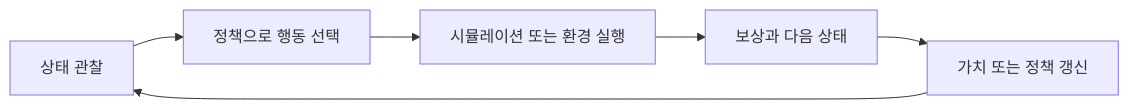
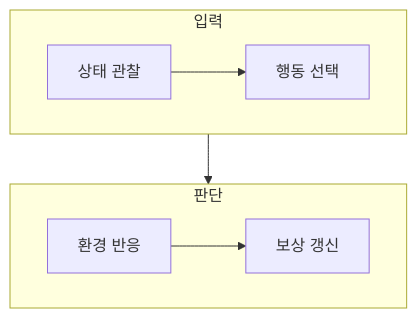
One commit to umyunsang/edu changed the diagram in ComputerScience/03_ai-ml-data/generative-ai-fine-tuning/notes/72. 강화학습과 생성 설계의 기초.md. Above: the diagram before and after it, drawn with Mermaid. The commit also changed other lines of this file and 9 other files, not shown here.

````diff
--- a/ComputerScience/03_ai-ml-data/generative-ai-fine-tuning/notes/72. 강화학습과 생성 설계의 기초.md
+++ b/ComputerScience/03_ai-ml-data/generative-ai-fine-tuning/notes/72. 강화학습과 생성 설계의 기초.md
@@ -55,8 +24,12 @@
 ```mermaid
-flowchart LR
-    A["상태 관찰"] --> B["정책으로 행동 선택"]
-    B --> C["시뮬레이션 또는 환경 실행"]
-    C --> D["보상과 다음 상태"]
-    D --> E["가치 또는 정책 갱신"]
-    E --> A
+flowchart TB
+    subgraph Input[입력]
+        direction LR
+        A[상태 관찰] --> B[행동 선택]
+    end
+    subgraph Decision[판단]
+        direction LR
+        C[환경 반응] --> D[보상 갱신]
+    end
+    B --> C
 ```
````
